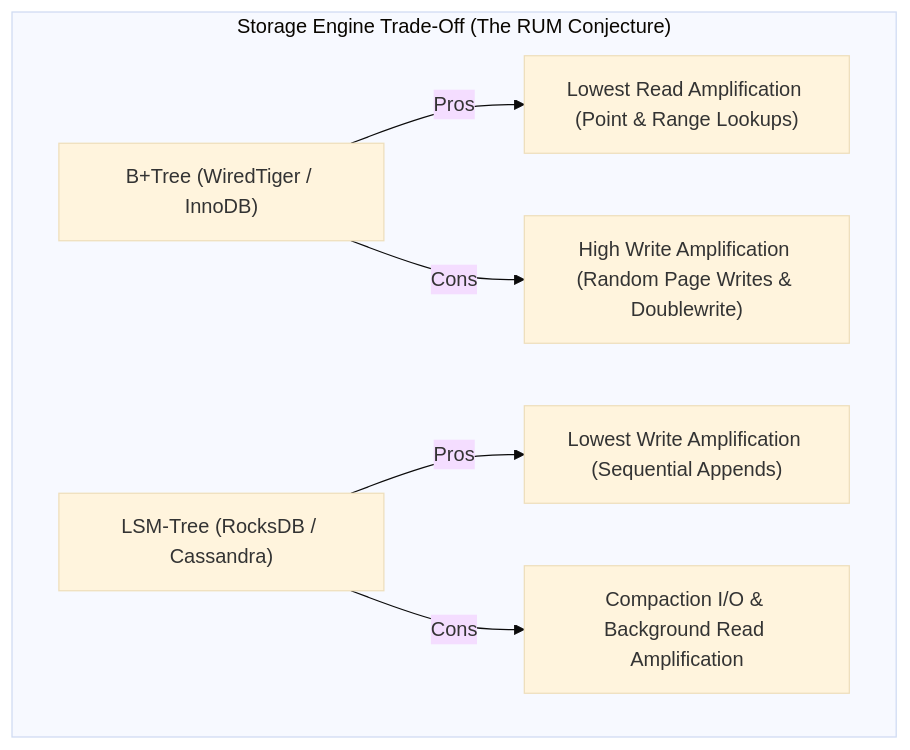
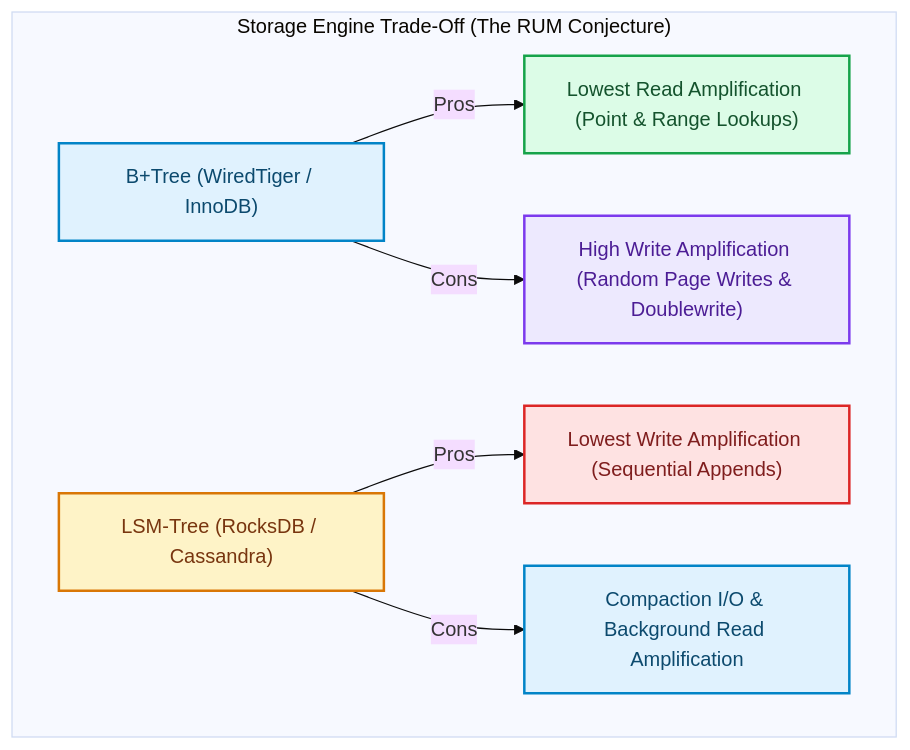
The first of 2 diagrams in blog/posts/lsm-tree-vs-btree-storage-engines-write-amplification-compaction-rocksdb-wiredtiger.md (akmalkhaniub/akmalkhaniub.github.io), drawn with Mermaid (base theme) before and after one commit. The commit also changed other lines of this file and 1291 other files, not shown here.

First line of the commit message:
feat(catalog): unique covers, scholarly references, and diagram palettes

````diff
--- a/blog/posts/lsm-tree-vs-btree-storage-engines-write-amplification-compaction-rocksdb-wiredtiger.md
+++ b/blog/posts/lsm-tree-vs-btree-storage-engines-write-amplification-compaction-rocksdb-wiredtiger.md
@@ -14,10 +14,21 @@
 ```mermaid
 flowchart TD
   subgraph SG1_StorageEngineTrade ["Storage Engine Trade-Off (The RUM Conjecture)"]
     BTree["B+Tree (WiredTiger / InnoDB)"] -->|Pros| LowRAF["Lowest Read Amplification (Point & Range Lookups)"]
     BTree -->|Cons| HighWAF["High Write Amplification (Random Page Writes & Doublewrite)"]
     
     LSM["LSM-Tree (RocksDB / Cassandra)"] -->|Pros| LowWriteWAF["Lowest Write Amplification (Sequential Appends)"]
     LSM -->|Cons| CompactionOverhead["Compaction I/O & Background Read Amplification"]
   end
+
+classDef green fill:#dcfce7,stroke:#16a34a,stroke-width:2px,color:#14532d;
+classDef red fill:#fee2e2,stroke:#dc2626,stroke-width:2px,color:#7f1d1d;
+classDef blue fill:#e0f2fe,stroke:#0284c7,stroke-width:2px,color:#0c4a6e;
+classDef yellow fill:#fef3c7,stroke:#d97706,stroke-width:2px,color:#78350f;
+classDef purple fill:#ede9fe,stroke:#7c3aed,stroke-width:2px,color:#4c1d95;
+class BTree,CompactionOverhead blue
+class LowRAF green
+class HighWAF purple
+class LSM yellow
+class LowWriteWAF red
 ```
````
